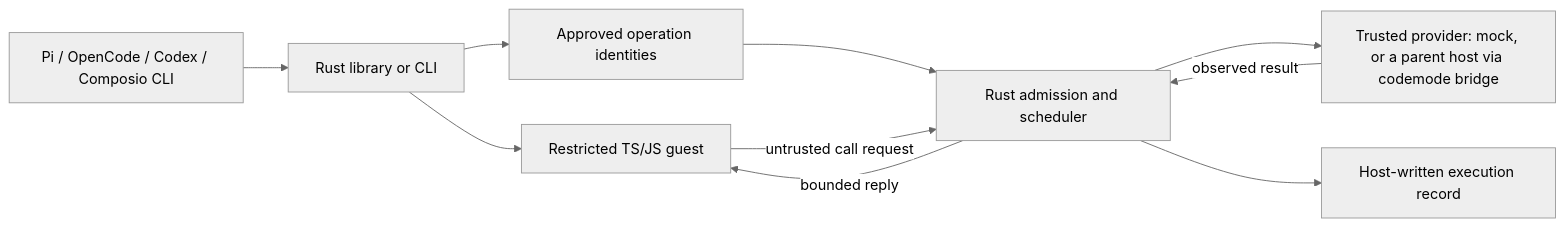
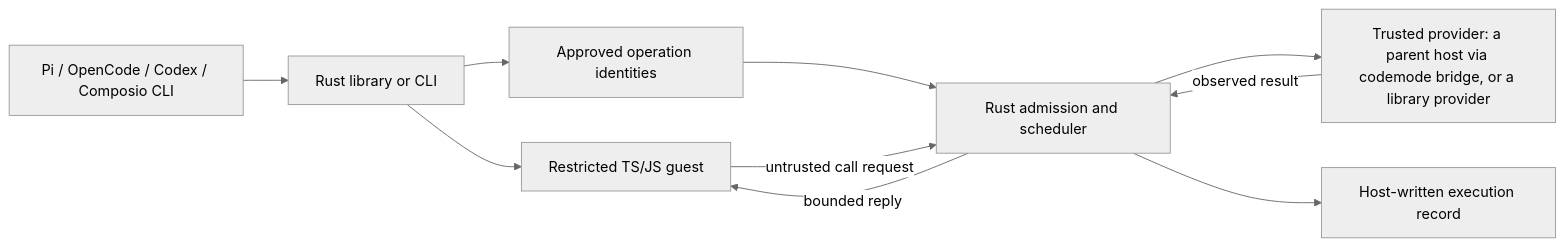
Before and after one commit to jkomyno/changelist: the diagram in docs/design.md, drawn with Mermaid (neutral theme). The commit also changed other lines of this file and 17 other files, not shown here.

````diff
--- a/docs/design.md
+++ b/docs/design.md
@@ -8,12 +8,12 @@
 ```mermaid
 flowchart LR
     Agent[Pi / OpenCode / Codex / Composio CLI] --> CLI[Rust library or CLI]
     CLI --> Guest[Restricted TS/JS guest]
     CLI --> Native[Approved operation identities]
     Native --> Control
     Guest -->|untrusted call request| Control[Rust admission and scheduler]
-    Control --> Provider[Trusted provider: mock, or a parent host via codemode bridge]
+    Control --> Provider[Trusted provider: a parent host via codemode bridge, or a library provider]
     Provider -->|observed result| Control
     Control -->|bounded reply| Guest
     Control --> Trace[Host-written execution record]
 ```
````
